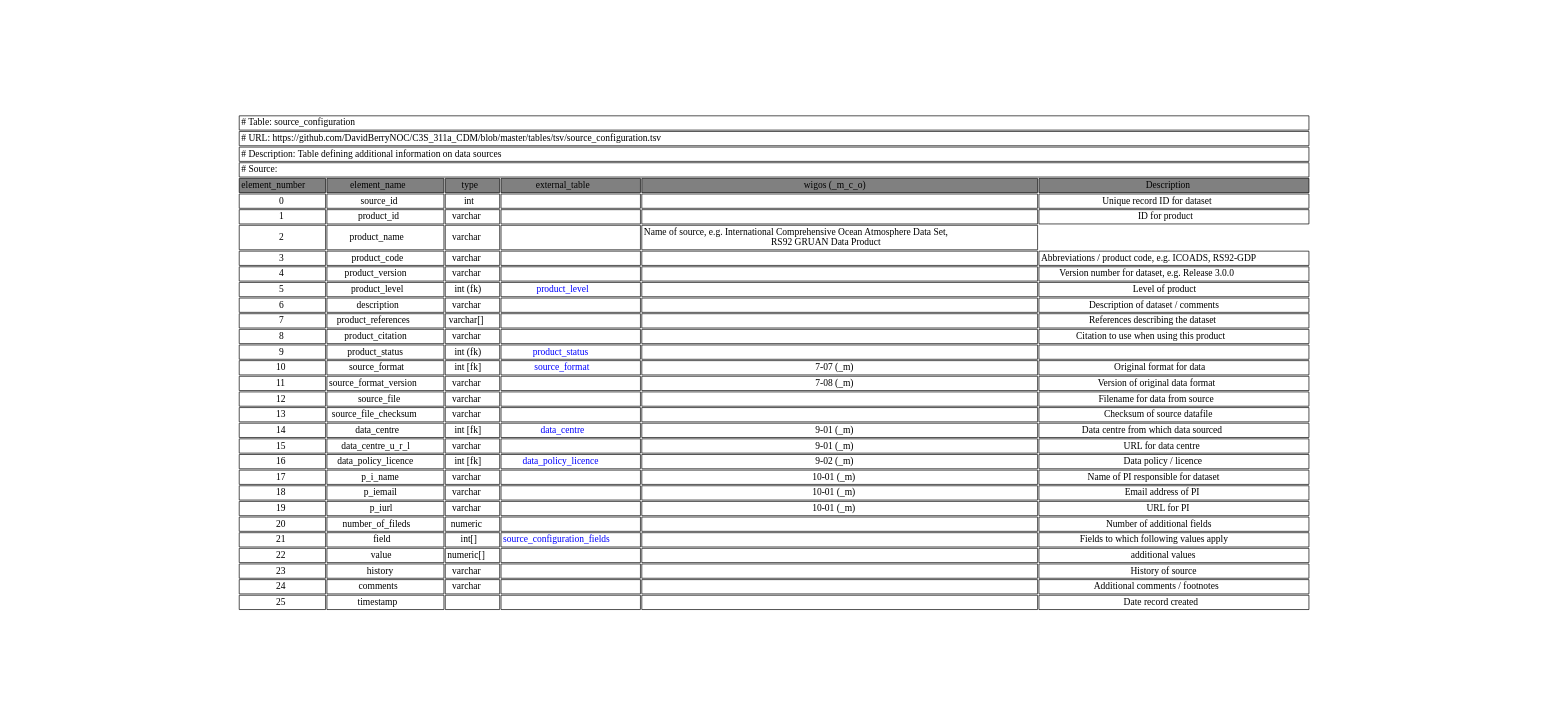
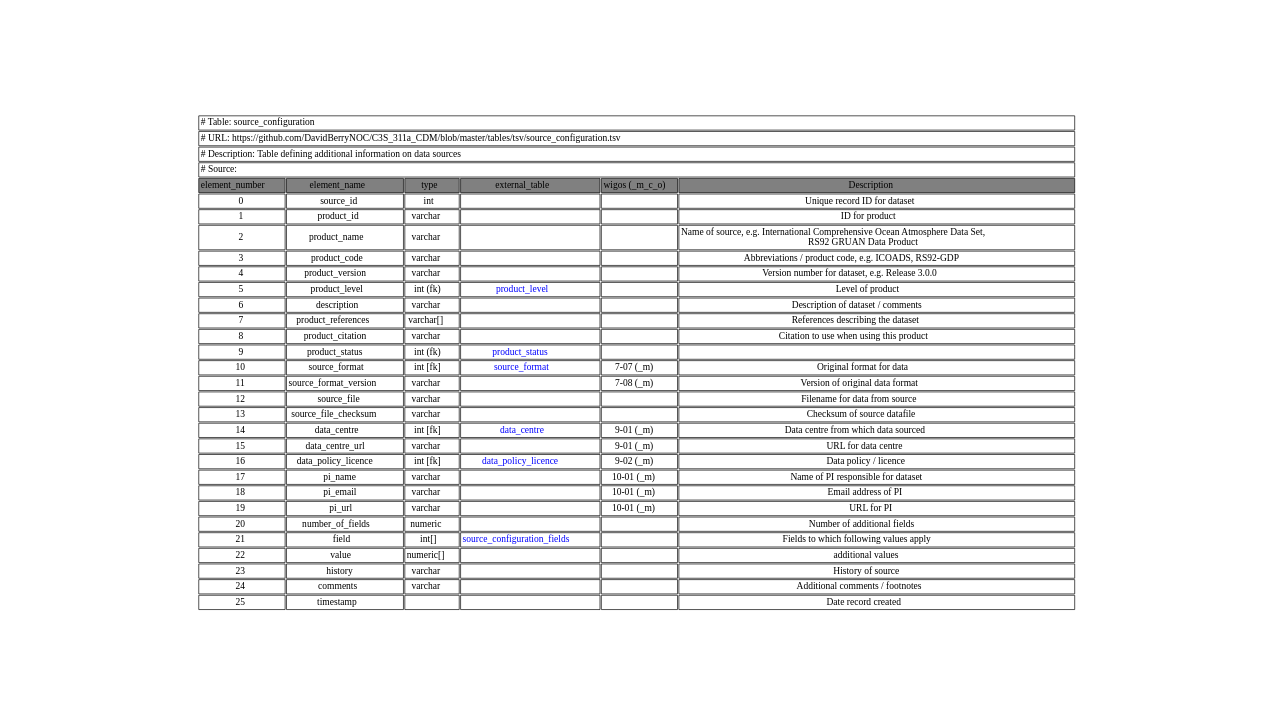
One commit to glamod/common_data_model changed the diagram in graphviz/source_configuration.gv. Above: the diagram before and after it, drawn with Graphviz. The commit also changed 79 other files, not shown here.

```diff
--- a/graphviz/source_configuration.gv
+++ b/graphviz/source_configuration.gv
@@ -1,36 +1,36 @@
 digraph source_configuration {
 node [color=white]
 source_configuration [label=<<TABLE BORDER="0" CELLBORDER="1" CELLSPACING="2" COLOR="BLACK">
 <TR><TD COLSPAN="6" ALIGN="left" PORT="head"># Table: source_configuration</TD></TR>
 <TR><TD COLSPAN="6" ALIGN="left"># URL: https://github.com/DavidBerryNOC/C3S_311a_CDM/blob/master/tables/tsv/source_configuration.tsv</TD></TR>
 <TR><TD ALIGN="left" COLSPAN="6"># Description: Table defining additional information on data sources</TD></TR>
 <TR><TD ALIGN="left" COLSPAN="6"># Source:</TD></TR>
 <TR><TD BGCOLOR="GRAY">element_number</TD><TD BGCOLOR="GRAY">element_name</TD><TD BGCOLOR="GRAY">type</TD><TD BGCOLOR="GRAY">external_table</TD><TD BGCOLOR="GRAY">wigos (_m_c_o)</TD><TD BGCOLOR="GRAY">Description</TD></TR>
 <TR><TD PORT="source_idL">0</TD><TD>source_id </TD><TD>int </TD><TD></TD><TD></TD><TD PORT="source_idR">Unique record ID for dataset </TD></TR>
 <TR><TD PORT="product_idL">1</TD><TD>product_id </TD><TD>varchar </TD><TD></TD><TD></TD><TD PORT="product_idR">ID for product </TD></TR>
-<TR><TD PORT="product_nameL">2</TD><TD>product_name </TD><TD>varchar </TD><TD></TD><TD PORT="product_nameR">Name of source, e.g. International Comprehensive Ocean Atmosphere Data Set, <BR/>RS92 GRUAN Data Product </TD></TR>
+<TR><TD PORT="product_nameL">2</TD><TD>product_name </TD><TD>varchar </TD><TD></TD><TD></TD><TD PORT="product_nameR">Name of source, e.g. International Comprehensive Ocean Atmosphere Data Set, <BR/>RS92 GRUAN Data Product </TD></TR>
 <TR><TD PORT="product_codeL">3</TD><TD>product_code </TD><TD>varchar </TD><TD></TD><TD></TD><TD PORT="product_codeR">Abbreviations / product code, e.g. ICOADS, RS92-GDP </TD></TR>
 <TR><TD PORT="product_versionL">4</TD><TD>product_version </TD><TD>varchar </TD><TD></TD><TD></TD><TD PORT="product_versionR">Version number for dataset, e.g. Release 3.0.0 </TD></TR>
 <TR><TD PORT="product_levelL">5</TD><TD>product_level </TD><TD>int (fk) </TD><TD HREF="https://github.com/DavidBerryNOC/C3S_311a_CDM/blob/master/tables/tsv/product_level.tsv"><FONT color="blue">product_level </FONT></TD><TD></TD><TD PORT="product_levelR">Level of product </TD></TR>
 <TR><TD PORT="description L">6</TD><TD>description </TD><TD>varchar </TD><TD></TD><TD></TD><TD PORT="description R">Description of dataset / comments </TD></TR>
 <TR><TD PORT="product_referencesL">7</TD><TD>product_references </TD><TD>varchar[] </TD><TD></TD><TD></TD><TD PORT="product_referencesR">References describing the dataset </TD></TR>
 <TR><TD PORT="product_citationL">8</TD><TD>product_citation </TD><TD>varchar </TD><TD></TD><TD></TD><TD PORT="product_citationR">Citation to use when using this product </TD></TR>
 <TR><TD PORT="product_statusL">9</TD><TD>product_status </TD><TD>int (fk) </TD><TD HREF="https://github.com/DavidBerryNOC/C3S_311a_CDM/blob/master/tables/tsv/product_status.tsv"><FONT color="blue">product_status </FONT></TD><TD></TD><TD PORT="product_statusR"></TD></TR>
 <TR><TD PORT="source_format L">10</TD><TD>source_format </TD><TD>int [fk] </TD><TD HREF="https://github.com/DavidBerryNOC/C3S_311a_CDM/blob/master/tables/tsv/source_format.tsv"><FONT color="blue">source_format </FONT></TD><TD>7-07 (_m) </TD><TD PORT="source_format R">Original format for data </TD></TR>
 <TR><TD PORT="source_format_version L">11</TD><TD>source_format_version </TD><TD>varchar </TD><TD></TD><TD>7-08 (_m) </TD><TD PORT="source_format_version R">Version of original data format </TD></TR>
 <TR><TD PORT="source_fileL">12</TD><TD>source_file </TD><TD>varchar </TD><TD></TD><TD></TD><TD PORT="source_fileR">Filename for data from source </TD></TR>
 <TR><TD PORT="source_file_checksumL">13</TD><TD>source_file_checksum </TD><TD>varchar </TD><TD></TD><TD></TD><TD PORT="source_file_checksumR">Checksum of source datafile </TD></TR>
 <TR><TD PORT="data_centre L">14</TD><TD>data_centre </TD><TD>int [fk] </TD><TD HREF="https://github.com/DavidBerryNOC/C3S_311a_CDM/blob/master/tables/tsv/data_centre.tsv"><FONT color="blue">data_centre </FONT></TD><TD>9-01 (_m) </TD><TD PORT="data_centre R">Data centre from which data sourced </TD></TR>
-<TR><TD PORT="data_centre_u_r_l L">15</TD><TD>data_centre_u_r_l </TD><TD>varchar </TD><TD></TD><TD>9-01 (_m) </TD><TD PORT="data_centre_u_r_l R">URL for data centre </TD></TR>
+<TR><TD PORT="data_centre_url L">15</TD><TD>data_centre_url </TD><TD>varchar </TD><TD></TD><TD>9-01 (_m) </TD><TD PORT="data_centre_url R">URL for data centre </TD></TR>
 <TR><TD PORT="data_policy_licence L">16</TD><TD>data_policy_licence </TD><TD>int [fk] </TD><TD HREF="https://github.com/DavidBerryNOC/C3S_311a_CDM/blob/master/tables/tsv/data_policy_licence.tsv"><FONT color="blue">data_policy_licence </FONT></TD><TD>9-02 (_m) </TD><TD PORT="data_policy_licence R">Data policy / licence </TD></TR>
-<TR><TD PORT="p_i_name L">17</TD><TD>p_i_name </TD><TD>varchar </TD><TD></TD><TD>10-01 (_m) </TD><TD PORT="p_i_name R">Name of PI responsible for dataset </TD></TR>
-<TR><TD PORT="p_iemail L">18</TD><TD>p_iemail </TD><TD>varchar </TD><TD></TD><TD>10-01 (_m) </TD><TD PORT="p_iemail R">Email address of PI </TD></TR>
-<TR><TD PORT="p_iurl L">19</TD><TD>p_iurl </TD><TD>varchar </TD><TD></TD><TD>10-01 (_m) </TD><TD PORT="p_iurl R">URL for PI </TD></TR>
-<TR><TD PORT="number_of_filedsL">20</TD><TD>number_of_fileds </TD><TD>numeric </TD><TD></TD><TD></TD><TD PORT="number_of_filedsR">Number of additional fields </TD></TR>
+<TR><TD PORT="pi_name L">17</TD><TD>pi_name </TD><TD>varchar </TD><TD></TD><TD>10-01 (_m) </TD><TD PORT="pi_name R">Name of PI responsible for dataset </TD></TR>
+<TR><TD PORT="pi_email L">18</TD><TD>pi_email </TD><TD>varchar </TD><TD></TD><TD>10-01 (_m) </TD><TD PORT="pi_email R">Email address of PI </TD></TR>
+<TR><TD PORT="pi_url L">19</TD><TD>pi_url </TD><TD>varchar </TD><TD></TD><TD>10-01 (_m) </TD><TD PORT="pi_url R">URL for PI </TD></TR>
+<TR><TD PORT="number_of_fieldsL">20</TD><TD>number_of_fields </TD><TD>numeric </TD><TD></TD><TD></TD><TD PORT="number_of_fieldsR">Number of additional fields </TD></TR>
 <TR><TD PORT="fieldL">21</TD><TD>field </TD><TD>int[] </TD><TD HREF="https://github.com/DavidBerryNOC/C3S_311a_CDM/blob/master/tables/tsv/source_configuration_fields.tsv"><FONT color="blue">source_configuration_fields </FONT></TD><TD></TD><TD PORT="fieldR">Fields to which following values apply </TD></TR>
 <TR><TD PORT="valueL">22</TD><TD>value </TD><TD>numeric[] </TD><TD></TD><TD></TD><TD PORT="valueR">additional values </TD></TR>
 <TR><TD PORT="historyL">23</TD><TD>history </TD><TD>varchar </TD><TD></TD><TD></TD><TD PORT="historyR">History of source </TD></TR>
 <TR><TD PORT="commentsL">24</TD><TD>comments </TD><TD>varchar </TD><TD></TD><TD></TD><TD PORT="commentsR">Additional comments / footnotes </TD></TR>
 <TR><TD PORT="timestampL">25</TD><TD>timestamp </TD><TD></TD><TD></TD><TD></TD><TD PORT="timestampR">Date record created </TD></TR>
 </TABLE>>];
 }
```
